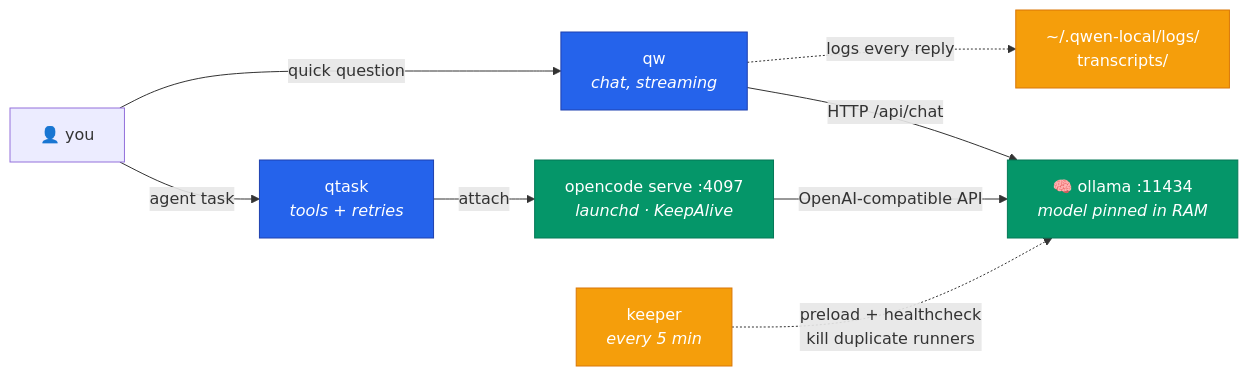
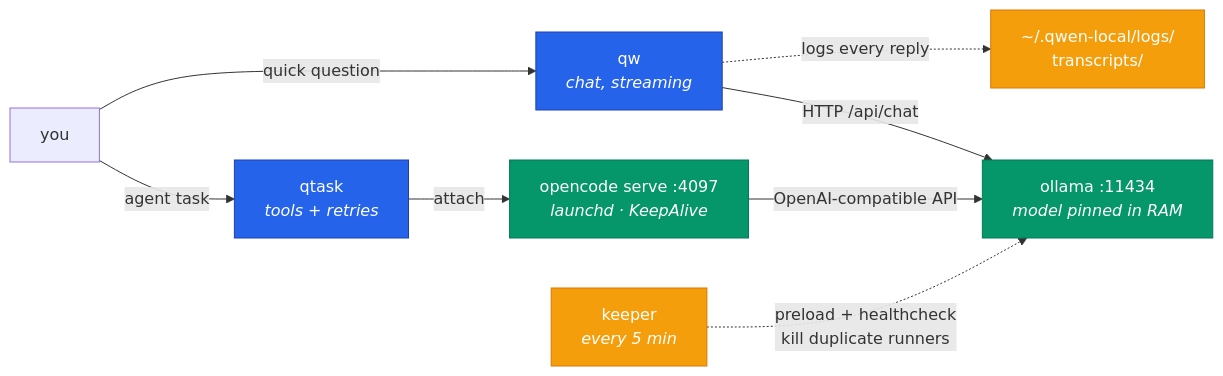
The first of 5 diagrams in README.md (espinosacodes/local-llm-longrun), drawn with Mermaid before and after one commit. The commit also changed other lines of this file, not shown here.

Commit message:
docs: quita emojis de los diagramas

````diff
--- a/README.md
+++ b/README.md
@@ -43,21 +43,21 @@
 ```mermaid
 flowchart LR
-    U["👤 you"]
+    U["you"]
     U -->|"quick question"| QW["qw<br/><i>chat, streaming</i>"]
     U -->|"agent task"| QT["qtask<br/><i>tools + retries</i>"]
 
     QW -->|"HTTP /api/chat"| OL
     QT -->|"attach"| SRV["opencode serve :4097<br/><i>launchd · KeepAlive</i>"]
-    SRV -->|"OpenAI-compatible API"| OL["🧠 ollama :11434<br/><i>model pinned in RAM</i>"]
+    SRV -->|"OpenAI-compatible API"| OL["ollama :11434<br/><i>model pinned in RAM</i>"]
 
     K["keeper<br/><i>every 5 min</i>"] -.->|"preload + healthcheck<br/>kill duplicate runners"| OL
 
     QW -.->|"logs every reply"| T["~/.qwen-local/logs/<br/>transcripts/"]
 
     classDef cmd fill:#2563eb,stroke:#1e40af,color:#fff
     classDef svc fill:#059669,stroke:#047857,color:#fff
     classDef bg fill:#f59e0b,stroke:#d97706,color:#fff
     class QW,QT cmd
     class OL,SRV svc
     class K,T bg
 ```
````
